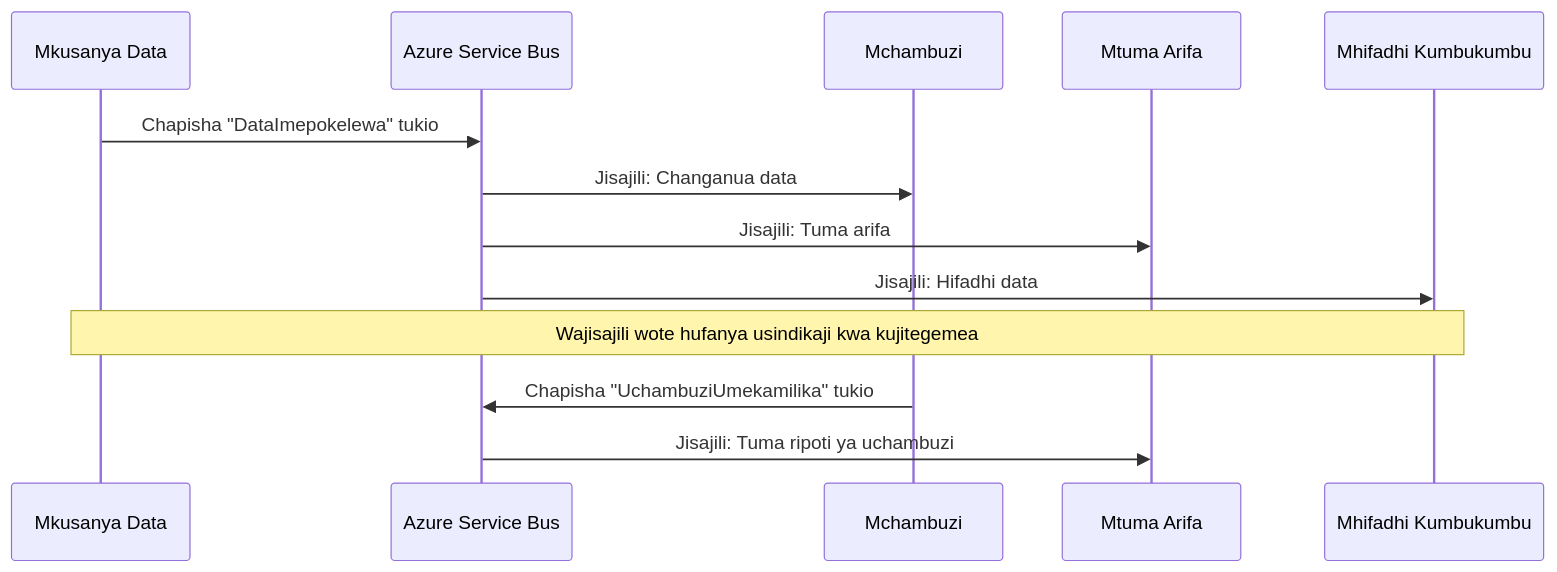
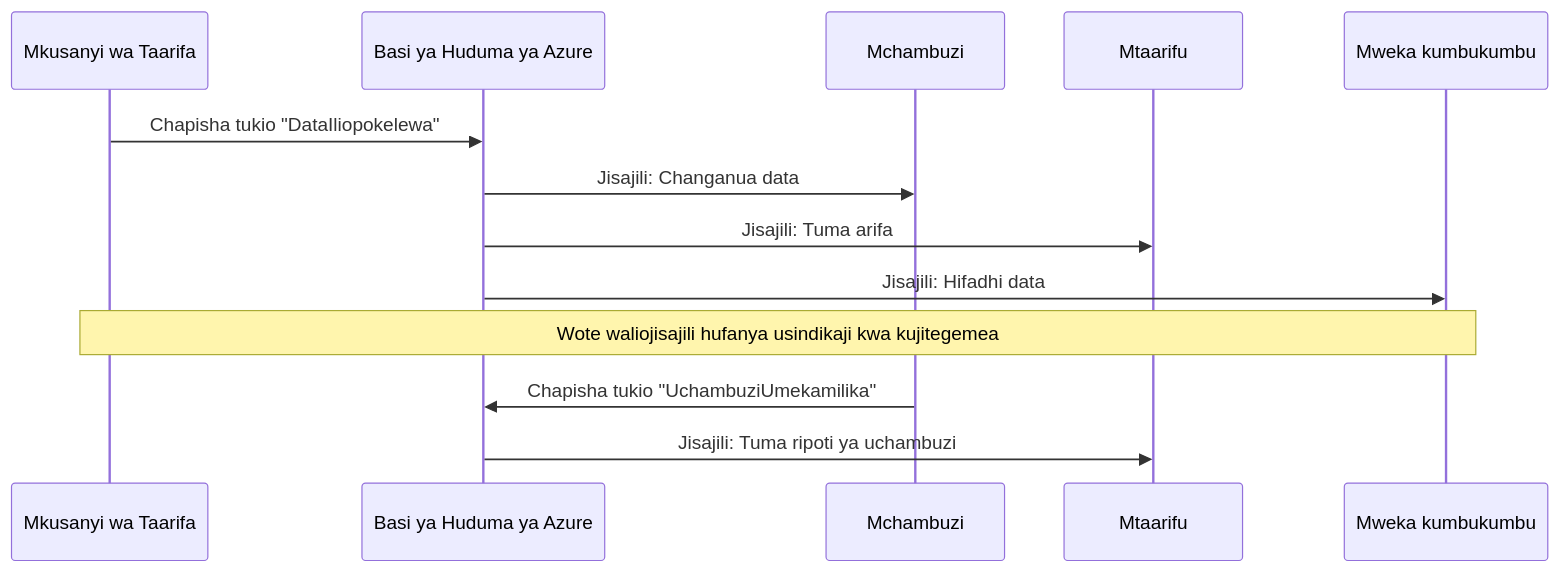
The fourth of 6 diagrams in translations/sw/docs/chapter-06-pre-deployment/coordination-patterns.md (microsoft/AZD-for-beginners), drawn with Mermaid before and after one commit. The commit also changed other lines of this file and 101 other files, not shown here.

````diff
--- a/translations/sw/docs/chapter-06-pre-deployment/coordination-patterns.md
+++ b/translations/sw/docs/chapter-06-pre-deployment/coordination-patterns.md
@@ -191,18 +185,18 @@
 ```mermaid
 sequenceDiagram
-    participant Agent1 as Mkusanya Data
-    participant EventBus as Azure Service Bus
+    participant Agent1 as Mkusanyi wa Taarifa
+    participant EventBus as Basi ya Huduma ya Azure
     participant Agent2 as Mchambuzi
-    participant Agent3 as Mtuma Arifa
-    participant Agent4 as Mhifadhi Kumbukumbu
+    participant Agent3 as Mtaarifu
+    participant Agent4 as Mweka kumbukumbu
     
-    Agent1->>EventBus: Chapisha "DataImepokelewa" tukio
+    Agent1->>EventBus: Chapisha tukio "DataIliopokelewa"
     EventBus->>Agent2: Jisajili: Changanua data
     EventBus->>Agent3: Jisajili: Tuma arifa
     EventBus->>Agent4: Jisajili: Hifadhi data
     
-    Note over Agent1,Agent4: Wajisajili wote hufanya usindikaji kwa kujitegemea
+    Note over Agent1,Agent4: Wote waliojisajili hufanya usindikaji kwa kujitegemea
     
-    Agent2->>EventBus: Chapisha "UchambuziUmekamilika" tukio
+    Agent2->>EventBus: Chapisha tukio "UchambuziUmekamilika"
     EventBus->>Agent3: Jisajili: Tuma ripoti ya uchambuzi
 ```
````
